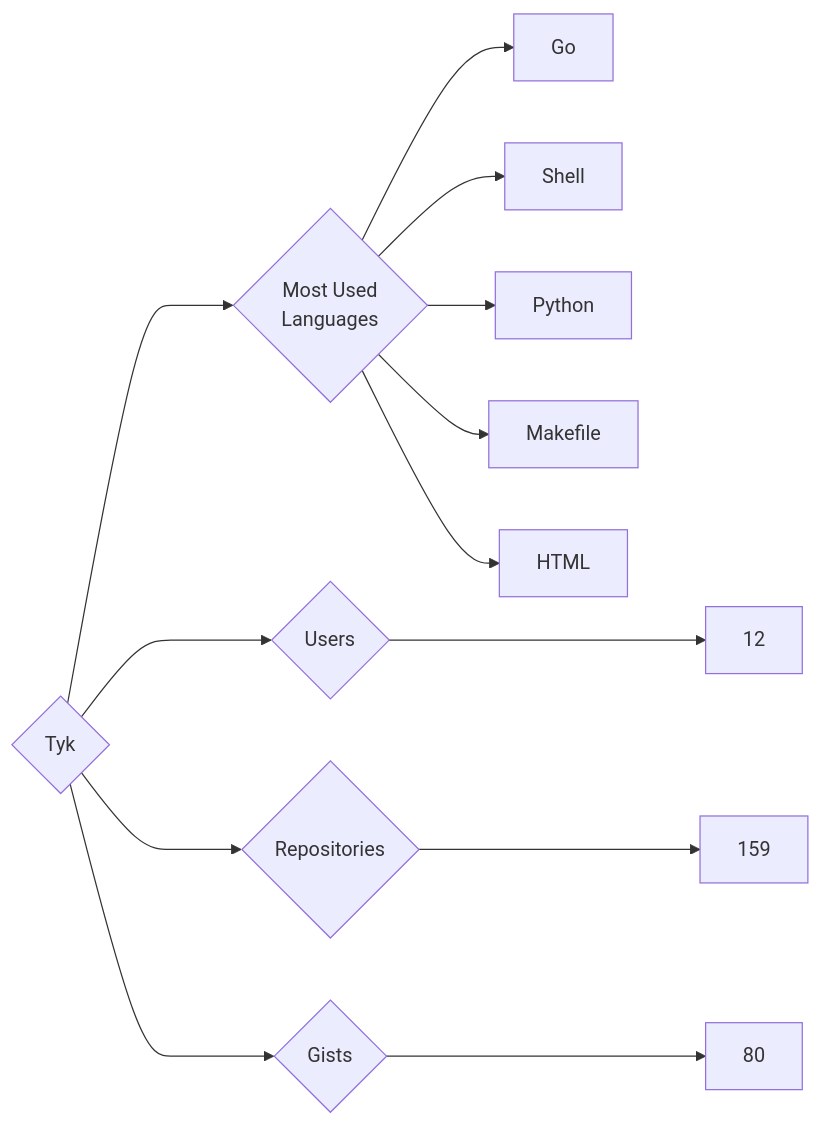
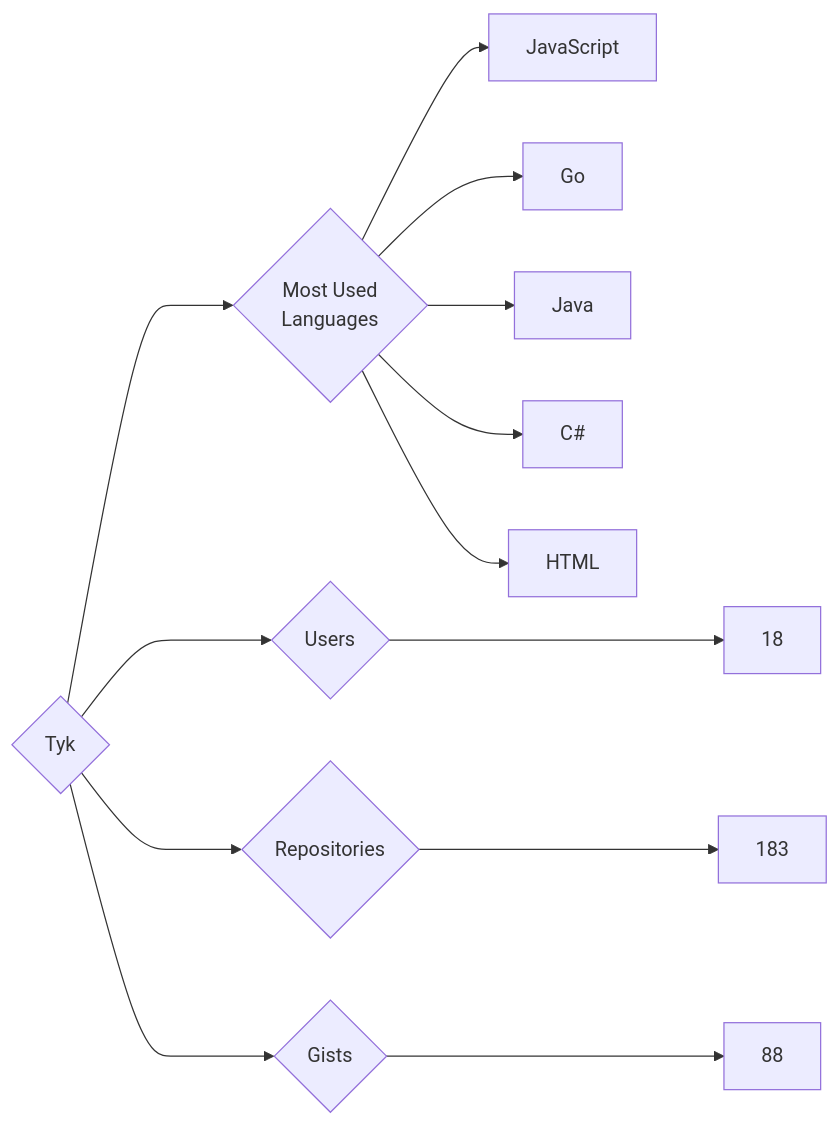
One commit to trickest/insiders changed the diagram in targets/Tyk/README.md. Above: the diagram before and after it, drawn with Mermaid. The commit also changed 939 other files, not shown here.

````diff
--- a/targets/Tyk/README.md
+++ b/targets/Tyk/README.md
@@ -3,13 +3,13 @@
 ```mermaid
 graph LR
 COMPANY_NAME{Tyk}
-COMPANY_NAME ---> U{Users} ---> UN[12]
-COMPANY_NAME ---> R{Repositories} ---> RN[159]
-COMPANY_NAME ---> G{Gists} ---> GN[80]
+COMPANY_NAME ---> U{Users} ---> UN[18]
+COMPANY_NAME ---> R{Repositories} ---> RN[183]
+COMPANY_NAME ---> G{Gists} ---> GN[88]
 COMPANY_NAME ---> ML{Most Used<br>Languages}
+ML --> JavaScript[JavaScript]
 ML --> Go[Go]
-ML --> Shell[Shell]
-ML --> Python[Python]
-ML --> Makefile[Makefile]
+ML --> Java[Java]
+ML --> C#[C#]
 ML --> HTML[HTML]
 ```
````
